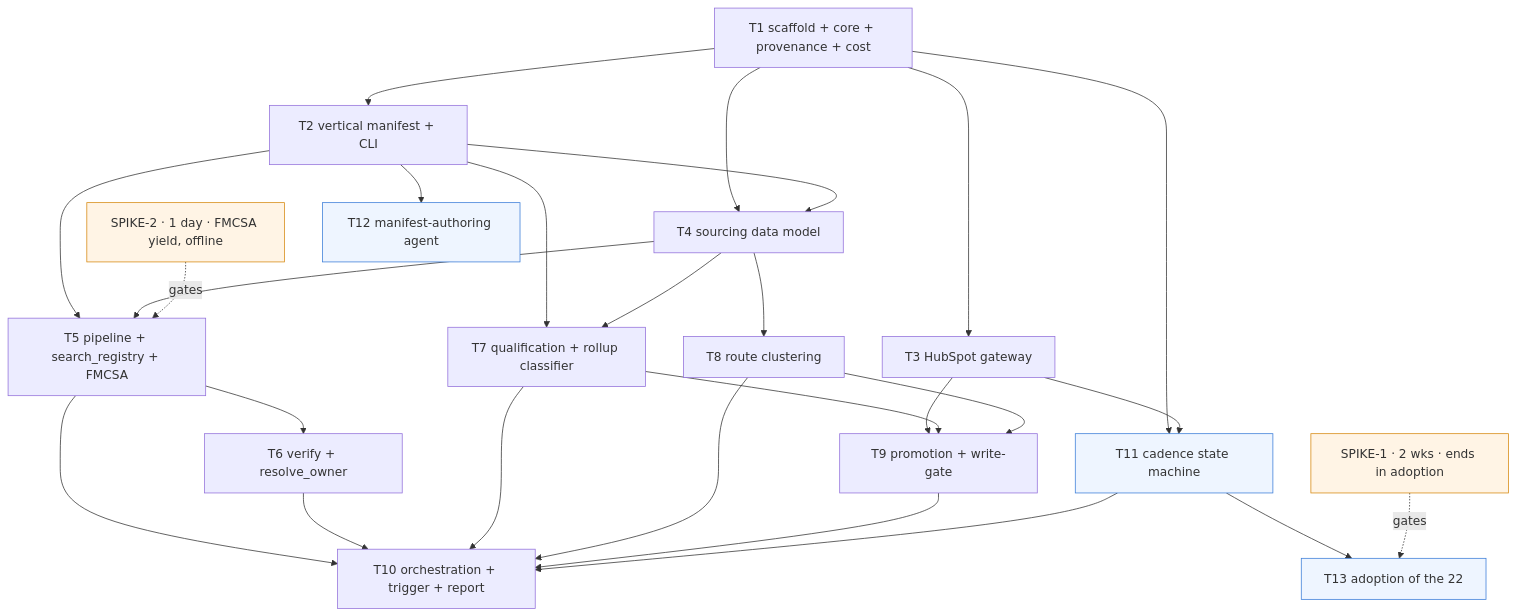
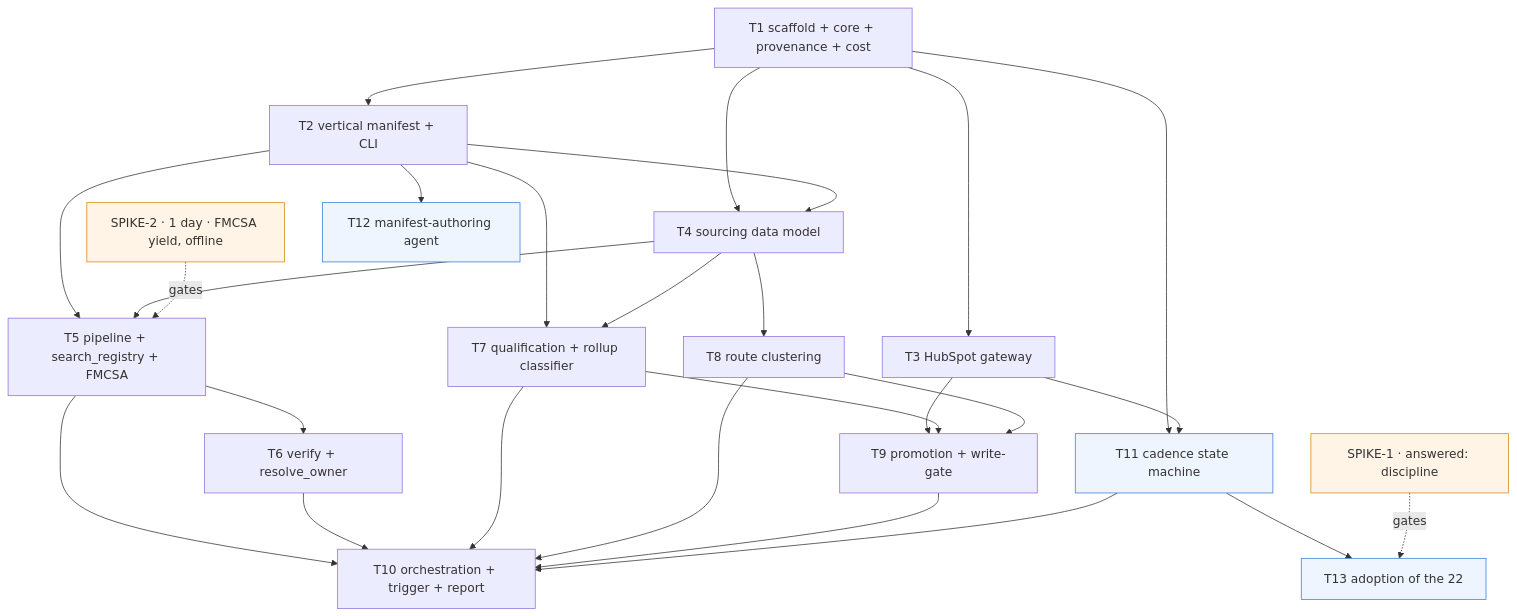
One commit to sandeepjunaghare/my-dynamous-muse changed the diagram in agentic-course-2.0/my-example-app/docs/tickets/local-prospect-engine.md. Above: the diagram before and after it, drawn with Mermaid. The commit also changed other lines of this file and 3 other files, not shown here.

First line of the commit message:
docs: close Spike 1 as discipline and gate manifest quality on a dry-run

````diff
--- a/agentic-course-2.0/my-example-app/docs/tickets/local-prospect-engine.md
+++ b/agentic-course-2.0/my-example-app/docs/tickets/local-prospect-engine.md
@@ -289,49 +293,49 @@
 ```mermaid
 graph TD
-  S1[SPIKE-1 · 2 wks · ends in adoption]:::spike
+  S1[SPIKE-1 · answered: discipline]:::spike
   S2[SPIKE-2 · 1 day · FMCSA yield, offline]:::spike
 
   T1[T1 scaffold + core + provenance + cost]
   T2[T2 vertical manifest + CLI]
   T3[T3 HubSpot gateway]
   T4[T4 sourcing data model]
   T5[T5 pipeline + search_registry + FMCSA]
   T6[T6 verify + resolve_owner]
   T7[T7 qualification + rollup classifier]
   T8[T8 route clustering]
   T9[T9 promotion + write-gate]
   T11[T11 cadence state machine]:::new
   T12[T12 manifest-authoring agent]:::new
   T13[T13 adoption of the 22]:::new
   T10[T10 orchestration + trigger + report]
 
   T1 --> T2
   T1 --> T3
   T1 --> T4
   T2 --> T4
   T2 --> T5
   T4 --> T5
   T2 --> T7
   T4 --> T7
   T5 --> T6
   T4 --> T8
   T3 --> T9
   T7 --> T9
   T8 --> T9
   T2 --> T12
   T1 --> T11
   T3 --> T11
   T11 --> T13
   T5 --> T10
   T6 --> T10
   T7 --> T10
   T8 --> T10
   T9 --> T10
   T11 --> T10
 
   S2 -.gates.-> T5
   S1 -.gates.-> T13
 
   classDef spike fill:#fff4e5,stroke:#d68910;
   classDef new fill:#eef5ff,stroke:#3b7dd8;
 ```
````
